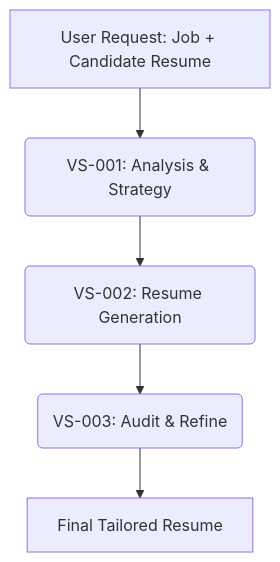
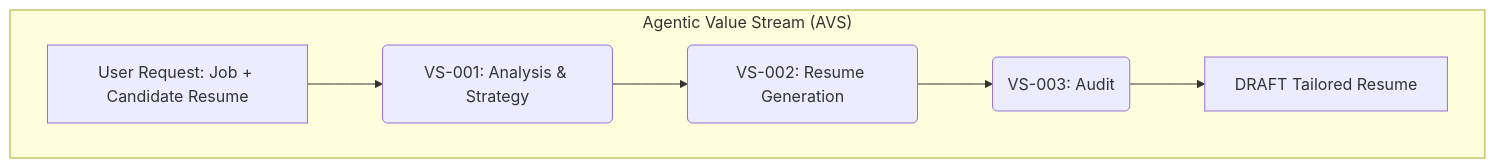
Before and after one commit to AVS-Orchestration/avs-toolkit: the second of 3 diagrams in README.md, drawn with Mermaid.

Commit message:
updated Value Stream Flow diagram with subgraph title

````diff
--- a/README.md
+++ b/README.md
@@ -105,7 +105,9 @@
 ```mermaid
 graph TD
+    subgraph "Agentic Value Stream (AVS)"
     A[User Request: Job + Candidate Resume] --> B(VS-001: Analysis & Strategy)
     B --> C(VS-002: Resume Generation)
-    C --> D(VS-003: Audit & Refine)
-    D --> E[Final Tailored Resume]
+    C --> D(VS-003: Audit)
+    D --> E[DRAFT Tailored Resume]
+    end
 ```
````
